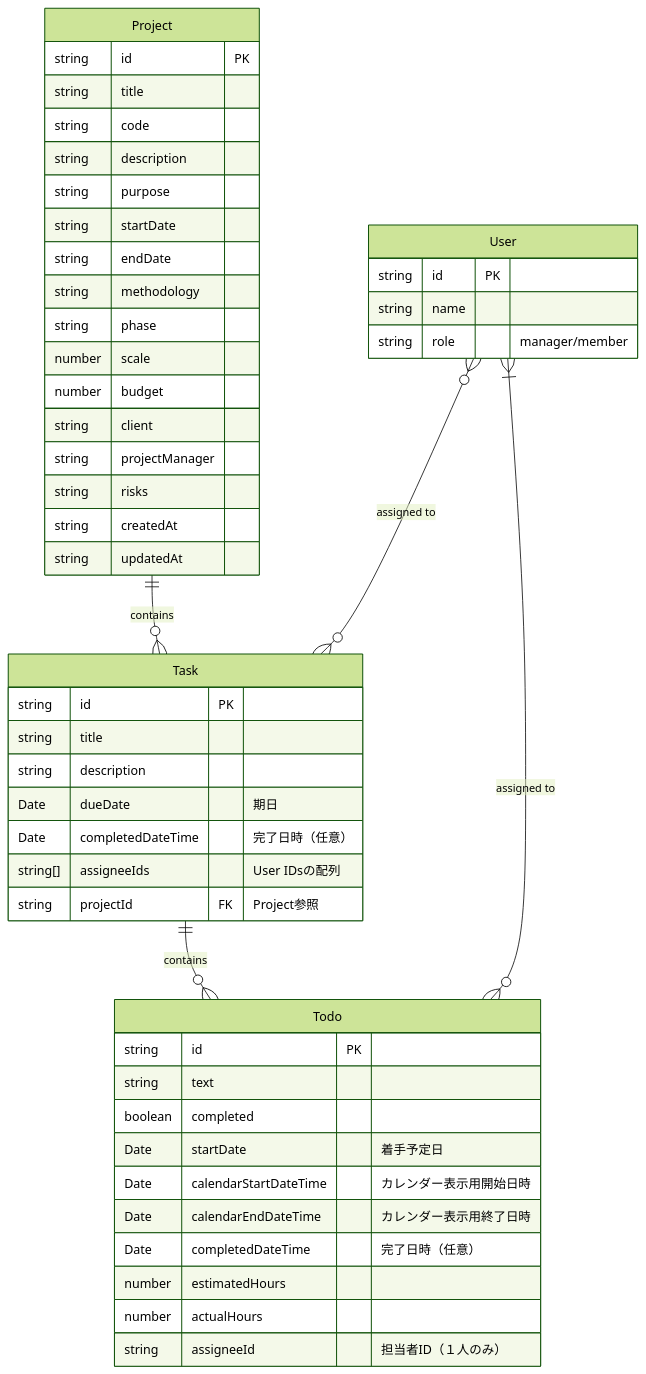
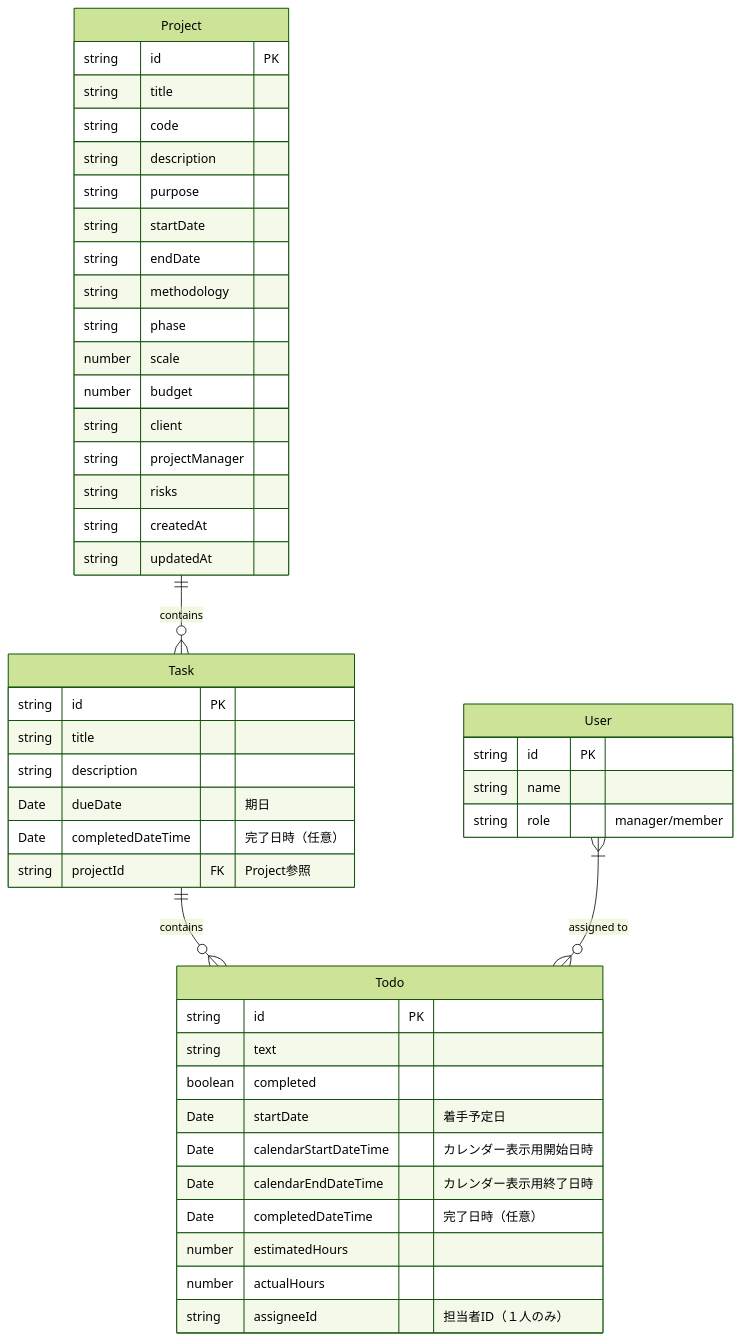
The diagram in docs/data-model.md (whiten-admin/play-ground1), drawn with Mermaid (forest theme) before and after one commit. The commit also changed other lines of this file and 10 other files, not shown here.

````diff
--- a/docs/data-model.md
+++ b/docs/data-model.md
@@ -7,55 +7,53 @@
 ```mermaid
 erDiagram
     Project ||--o{ Task : "contains"
     Task ||--o{ Todo : "contains"
-    User }o--o{ Task : "assigned to"
     User }|--o{ Todo : "assigned to"
 
     Project {
         string id PK
         string title
         string code
         string description
         string purpose
         string startDate
         string endDate
         string methodology
         string phase
         number scale
         number budget
         string client
         string projectManager
         string risks
         string createdAt
         string updatedAt
     }
 
     Task {
         string id PK
         string title
         string description
         Date dueDate "期日"
         Date completedDateTime "完了日時（任意）"
-        string[] assigneeIds "User IDsの配列"
         string projectId FK "Project参照"
     }
 
     Todo {
         string id PK
         string text
         boolean completed
         Date startDate "着手予定日"
         Date calendarStartDateTime "カレンダー表示用開始日時"
         Date calendarEndDateTime "カレンダー表示用終了日時"
         Date completedDateTime "完了日時（任意）"
         number estimatedHours
         number actualHours
         string assigneeId "担当者ID（１人のみ）"
     }
 
     User {
         string id PK
         string name
         string role "manager/member"
     }
 ```
````
